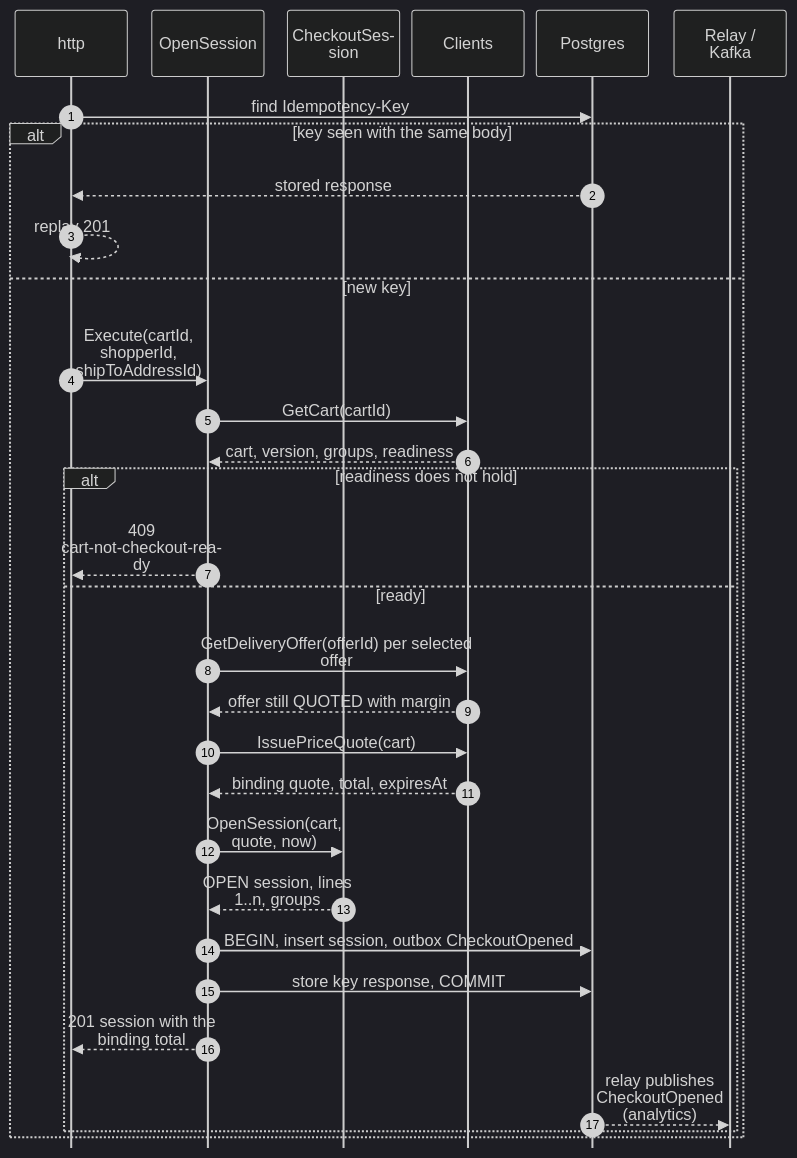
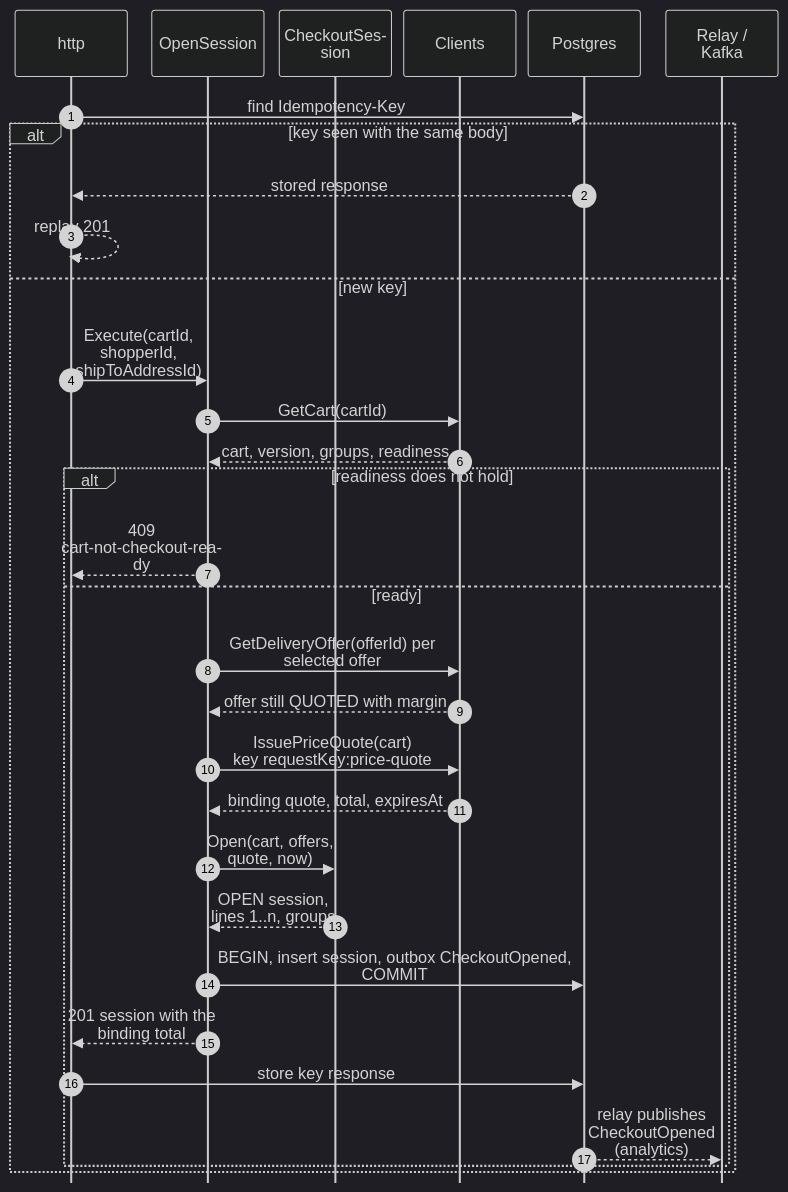
Before and after one commit to IQVO/checkout: the first of 5 diagrams in docs/docs/ddd/sequence-diagrams.md, drawn with Mermaid (dark theme). The commit also changed other lines of this file and 8 other files, not shown here.

````diff
--- a/docs/docs/ddd/sequence-diagrams.md
+++ b/docs/docs/ddd/sequence-diagrams.md
@@ -36,34 +39,34 @@
 ```mermaid
 %%{init: {"sequence": {"wrap": true, "width": 110, "actorMargin": 12, "messageMargin": 28, "boxMargin": 6, "noteMargin": 6, "mirrorActors": false}}}%%
 sequenceDiagram
     autonumber
     participant H as http
     participant UC as OpenSession
     participant A as CheckoutSession
     participant C as Clients
     participant DB as Postgres
     participant K as Relay / Kafka
     H->>DB: find Idempotency-Key
     alt key seen with the same body
         DB-->>H: stored response
         H-->>H: replay 201
     else new key
         H->>UC: Execute(cartId, shopperId, shipToAddressId)
         UC->>C: GetCart(cartId)
         C-->>UC: cart, version, groups, readiness
         alt readiness does not hold
             UC-->>H: 409 cart-not-checkout-ready
         else ready
             UC->>C: GetDeliveryOffer(offerId) per selected offer
             C-->>UC: offer still QUOTED with margin
-            UC->>C: IssuePriceQuote(cart)
+            UC->>C: IssuePriceQuote(cart)<br/>key requestKey:price-quote
             C-->>UC: binding quote, total, expiresAt
-            UC->>A: OpenSession(cart, quote, now)
+            UC->>A: Open(cart, offers, quote, now)
             A-->>UC: OPEN session, lines 1..n, groups
-            UC->>DB: BEGIN, insert session, outbox CheckoutOpened
-            UC->>DB: store key response, COMMIT
+            UC->>DB: BEGIN, insert session, outbox CheckoutOpened, COMMIT
             UC-->>H: 201 session with the binding total
+            H->>DB: store key response
             DB-->>K: relay publishes CheckoutOpened (analytics)
         end
     end
 ```
````
